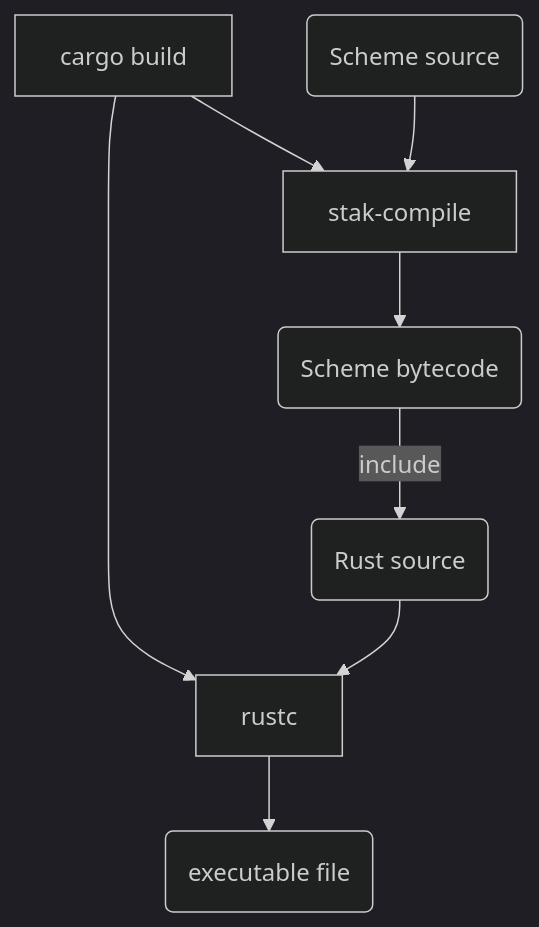
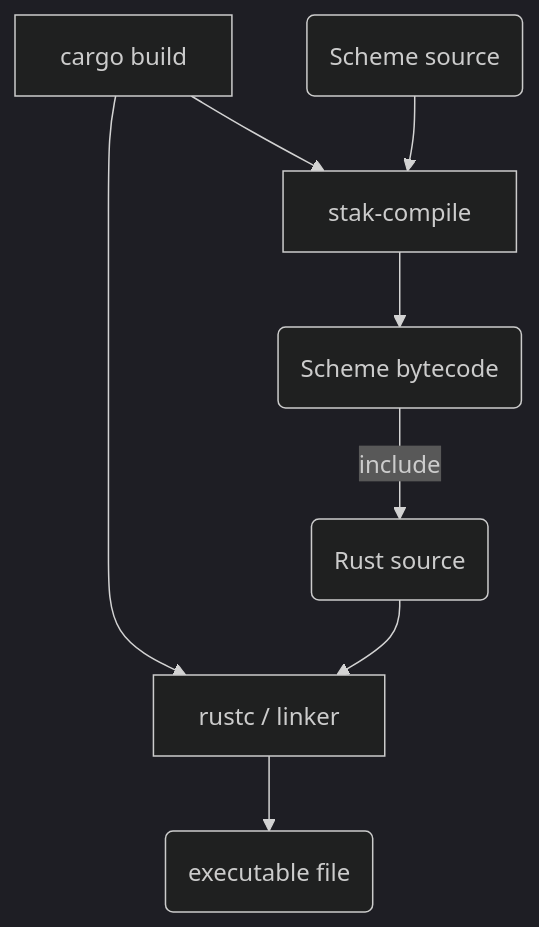
One commit to raviqqe/doc changed the diagram in papers/stak-scheme/embedding_script.mmd. Above: the diagram before and after it, drawn with Mermaid (dark theme).

```diff
--- a/papers/stak-scheme/embedding_script.mmd
+++ b/papers/stak-scheme/embedding_script.mmd
@@ -1,6 +1,6 @@
 graph TD
   B[cargo build] --> RC
   B --> SC
 
   SS(Scheme source) --> SC[stak-compile] --> SB(Scheme bytecode) -->|include| RS
-  RS(Rust source) --> RC[rustc] --> RB(executable file)
+  RS(Rust source) --> RC[rustc / linker] --> RB(executable file)
```
